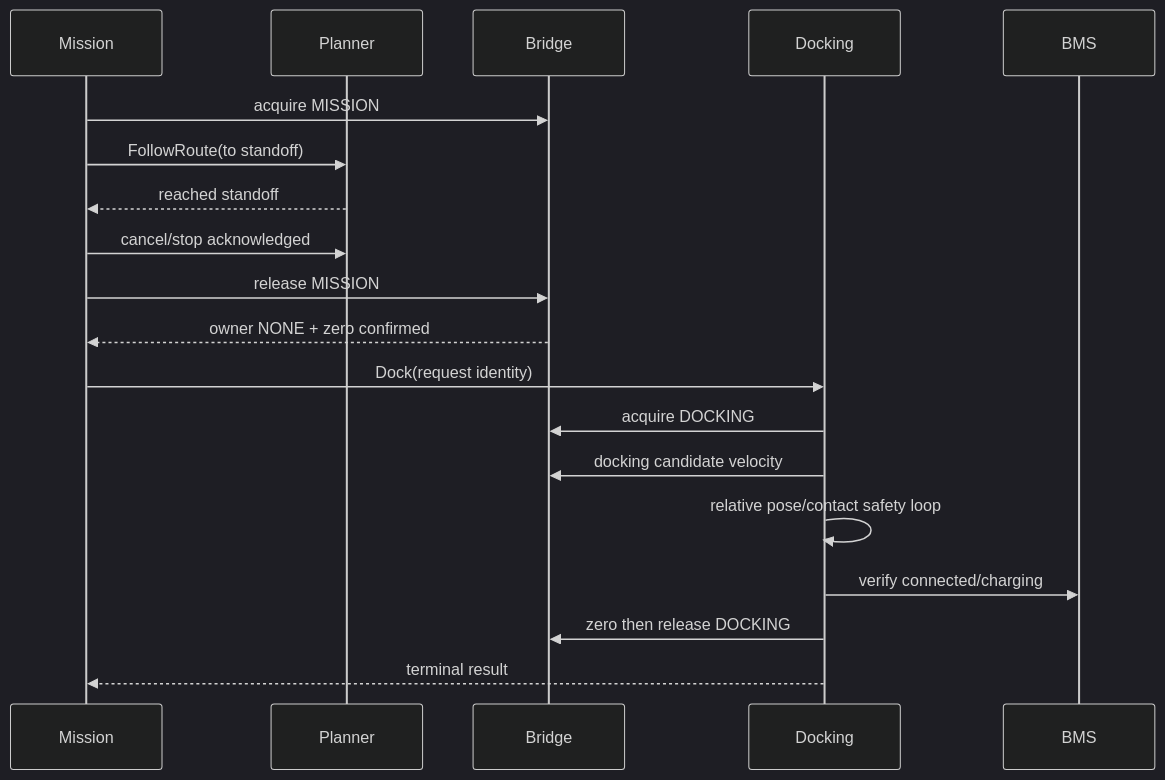
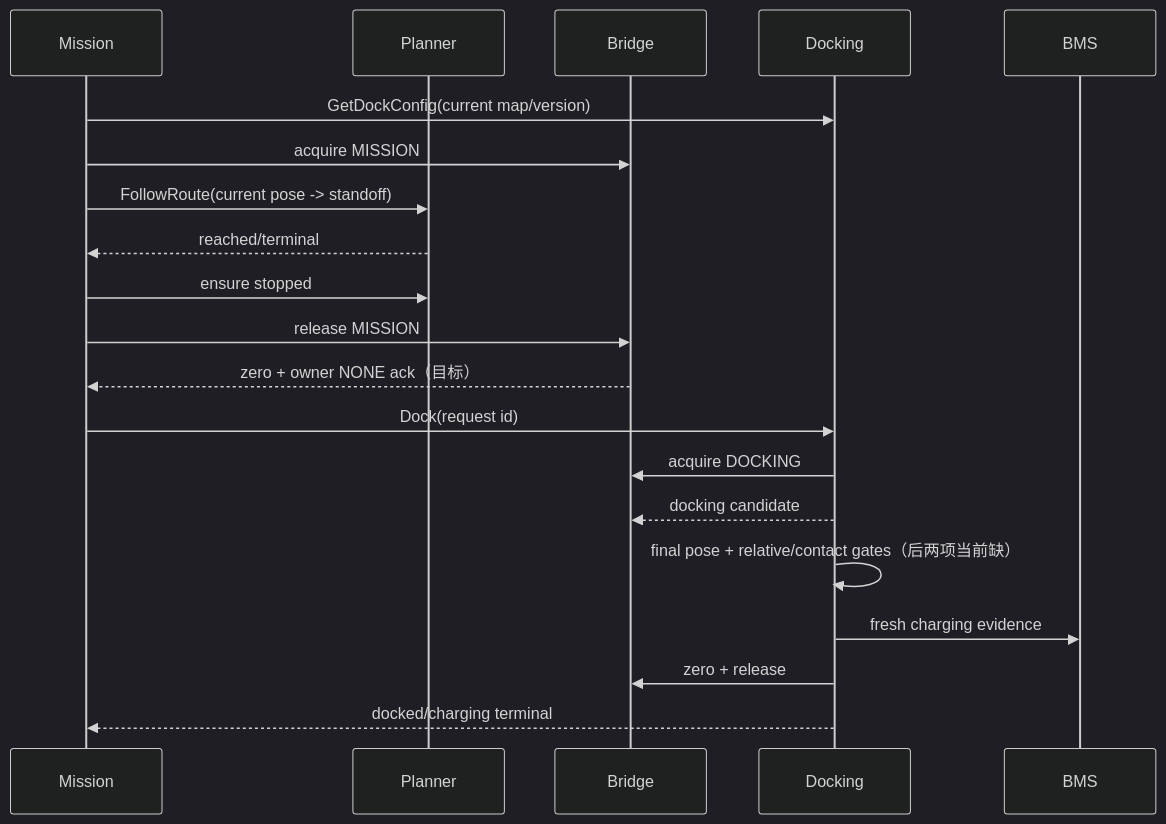
Before and after one commit to YanYaoyuan/omni_navi: the sixth of 6 diagrams in docs/ARCHITECTURE.md, drawn with Mermaid (dark theme). The commit also changed other lines of this file and 5 other files, not shown here.

Commit message:
docs: document full-stack architecture audit

````diff
--- a/docs/ARCHITECTURE.md
+++ b/docs/ARCHITECTURE.md
@@ -322,21 +417,22 @@
 ```mermaid
 sequenceDiagram
-    participant Mission
-    participant Planner
-    participant Bridge
-    participant Docking
+    participant M as Mission
+    participant P as Planner
+    participant B as Bridge
+    participant D as Docking
     participant BMS
-    Mission->>Bridge: acquire MISSION
-    Mission->>Planner: FollowRoute(to standoff)
-    Planner-->>Mission: reached standoff
-    Mission->>Planner: cancel/stop acknowledged
-    Mission->>Bridge: release MISSION
-    Bridge-->>Mission: owner NONE + zero confirmed
-    Mission->>Docking: Dock(request identity)
-    Docking->>Bridge: acquire DOCKING
-    Docking->>Bridge: docking candidate velocity
-    Docking->>Docking: relative pose/contact safety loop
-    Docking->>BMS: verify connected/charging
-    Docking->>Bridge: zero then release DOCKING
-    Docking-->>Mission: terminal result
+    M->>D: GetDockConfig(current map/version)
+    M->>B: acquire MISSION
+    M->>P: FollowRoute(current pose -> standoff)
+    P-->>M: reached/terminal
+    M->>P: ensure stopped
+    M->>B: release MISSION
+    B-->>M: zero + owner NONE ack（目标）
+    M->>D: Dock(request id)
+    D->>B: acquire DOCKING
+    D-->>B: docking candidate
+    D->>D: final pose + relative/contact gates（后两项当前缺）
+    D->>BMS: fresh charging evidence
+    D->>B: zero + release
+    D-->>M: docked/charging terminal
 ```
````
